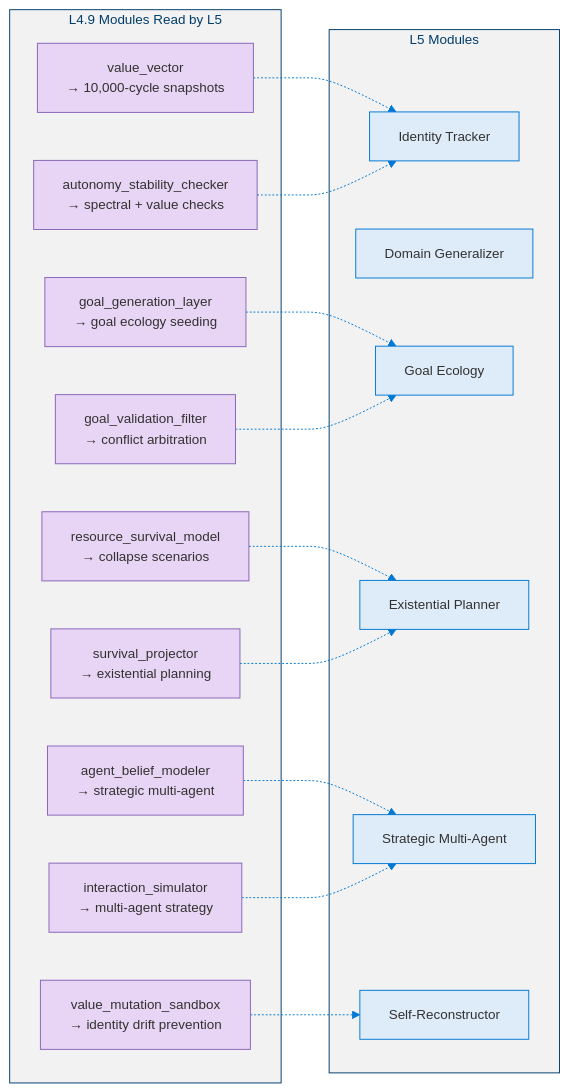
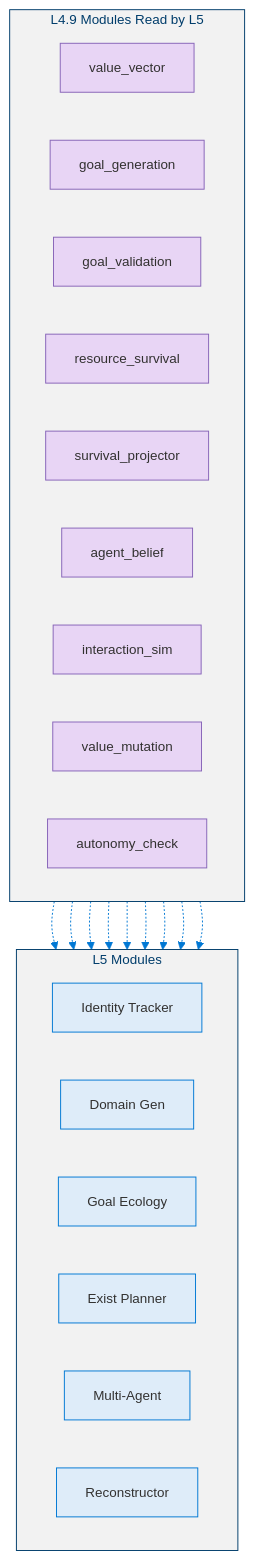
One commit to dotnetpower/mscp changed diagram 14 of 16 in docs/levels/Level_5_Proto_AGI.md. Above: the diagram before and after it, drawn with Mermaid. The commit also changed other lines of this file and 10 other files, not shown here.

````diff
--- a/docs/levels/Level_5_Proto_AGI.md
+++ b/docs/levels/Level_5_Proto_AGI.md
@@ -650,37 +657,39 @@
 ```mermaid
 %%{init: {'theme': 'base', 'themeVariables': {'primaryColor': '#0078D4', 'primaryTextColor': '#003D6B', 'primaryBorderColor': '#003D6B', 'secondaryColor': '#50E6FF', 'secondaryTextColor': '#323130', 'secondaryBorderColor': '#00BCF2', 'tertiaryColor': '#F2F2F2', 'tertiaryTextColor': '#323130', 'lineColor': '#0078D4', 'textColor': '#323130', 'mainBkg': '#DEECF9', 'nodeBorder': '#0078D4', 'clusterBkg': '#F2F2F2', 'clusterBorder': '#003D6B', 'titleColor': '#003D6B', 'edgeLabelBackground': '#FFFFFF', 'fontSize': '14px'}}}%%
-flowchart LR
+flowchart TB
   classDef l49 fill:#E8D5F5,stroke:#8764B8,color:#323130
   classDef l5 fill:#DEECF9,stroke:#0078D4,color:#323130
 
   subgraph L49["L4.9 Modules Read by L5"]
-    VV["value_vector<br/>→ 10,000-cycle snapshots"]:::l49
-    GGL["goal_generation_layer<br/>→ goal ecology seeding"]:::l49
-    GVF["goal_validation_filter<br/>→ conflict arbitration"]:::l49
-    RSM["resource_survival_model<br/>→ collapse scenarios"]:::l49
-    SP["survival_projector<br/>→ existential planning"]:::l49
-    ABM["agent_belief_modeler<br/>→ strategic multi-agent"]:::l49
-    IS["interaction_simulator<br/>→ multi-agent strategy"]:::l49
-    VMS["value_mutation_sandbox<br/>→ identity drift prevention"]:::l49
-    ASC["autonomy_stability_checker<br/>→ spectral + value checks"]:::l49
+    direction LR
+    VV["value_vector"]:::l49
+    GGL["goal_generation"]:::l49
+    GVF["goal_validation"]:::l49
+    RSM["resource_survival"]:::l49
+    SP["survival_projector"]:::l49
+    ABM["agent_belief"]:::l49
+    IS["interaction_sim"]:::l49
+    VMS["value_mutation"]:::l49
+    ASC["autonomy_check"]:::l49
   end
 
   subgraph L5["L5 Modules"]
+    direction LR
     ICT["Identity Tracker"]:::l5
-    CDG["Domain Generalizer"]:::l5
+    CDG["Domain Gen"]:::l5
     GE["Goal Ecology"]:::l5
-    EP["Existential Planner"]:::l5
-    SMA["Strategic Multi-Agent"]:::l5
-    SR["Self-Reconstructor"]:::l5
+    EP["Exist Planner"]:::l5
+    SMA["Multi-Agent"]:::l5
+    SR["Reconstructor"]:::l5
   end
 
   VV -.-> ICT
   GGL -.-> GE
   GVF -.-> GE
   RSM -.-> EP
   SP -.-> EP
   ABM -.-> SMA
   IS -.-> SMA
   VMS -.-> SR
   ASC -.-> ICT
 ```
````
